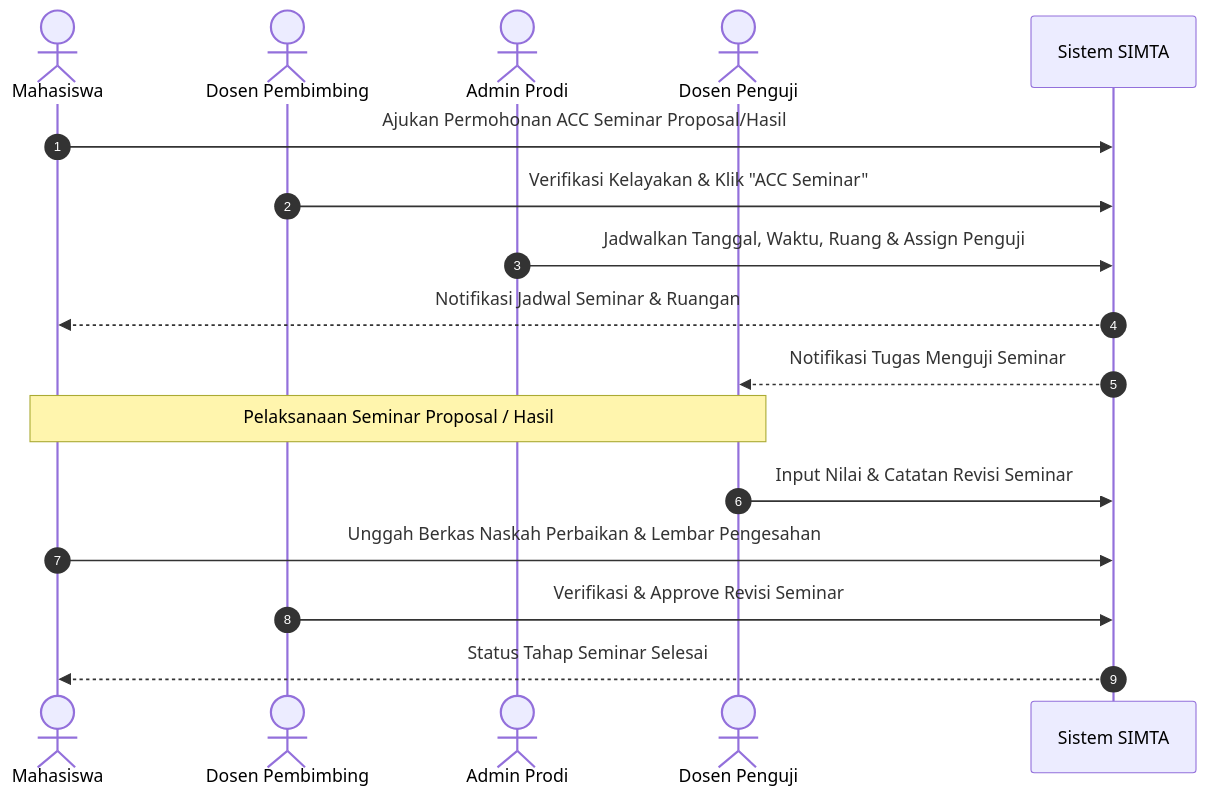
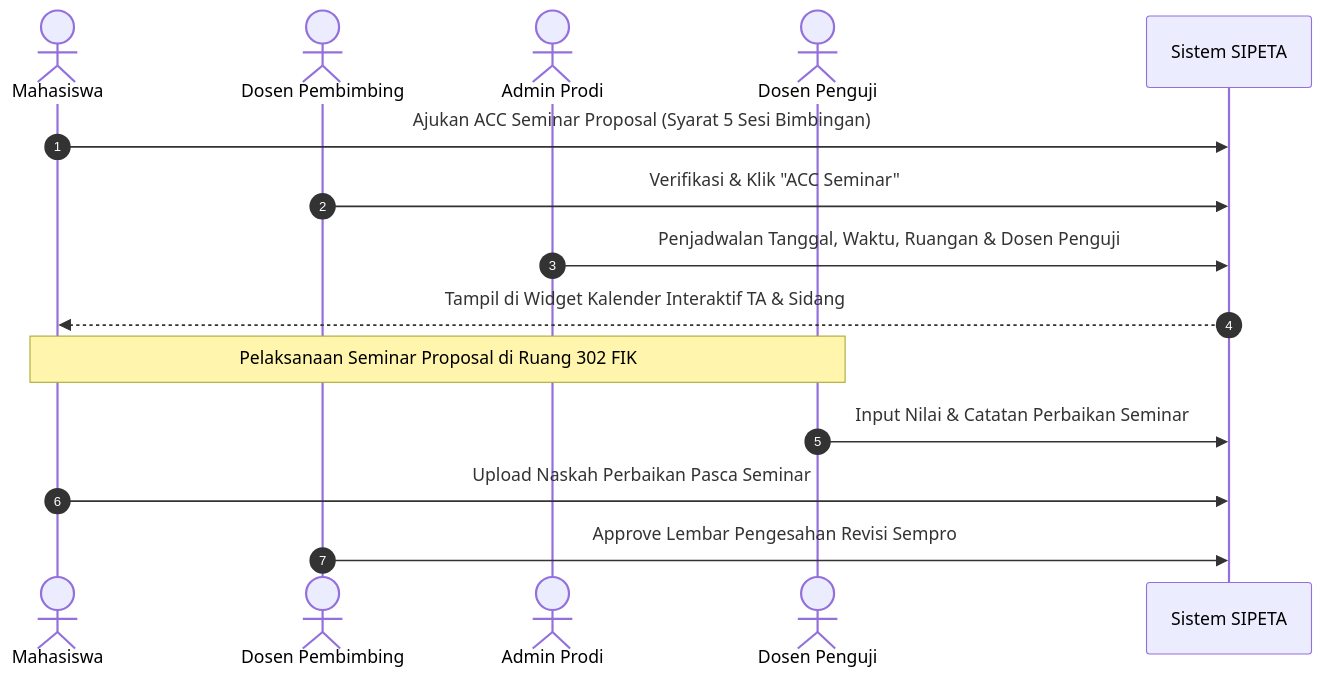
The fourth of 5 diagrams in docs/WORKFLOWS.md (DanuZen/isi-final-project), drawn with Mermaid before and after one commit. The commit also changed other lines of this file and 21 other files, not shown here.

````diff
--- a/docs/WORKFLOWS.md
+++ b/docs/WORKFLOWS.md
@@ -118,21 +81,19 @@
 ```mermaid
 sequenceDiagram
     autonumber
     actor M as Mahasiswa
     actor D as Dosen Pembimbing
     actor P as Admin Prodi
     actor G as Dosen Penguji
-    participant S as Sistem SIMTA
+    participant S as Sistem SIPETA
 
-    M->>S: Ajukan Permohonan ACC Seminar Proposal/Hasil
-    D->>S: Verifikasi Kelayakan & Klik "ACC Seminar"
-    P->>S: Jadwalkan Tanggal, Waktu, Ruang & Assign Penguji
-    S-->>M: Notifikasi Jadwal Seminar & Ruangan
-    S-->>G: Notifikasi Tugas Menguji Seminar
-
-    note over M,G: Pelaksanaan Seminar Proposal / Hasil
-    G->>S: Input Nilai & Catatan Revisi Seminar
-    M->>S: Unggah Berkas Naskah Perbaikan & Lembar Pengesahan
-    D->>S: Verifikasi & Approve Revisi Seminar
-    S-->>M: Status Tahap Seminar Selesai
+    M->>S: Ajukan ACC Seminar Proposal (Syarat 5 Sesi Bimbingan)
+    D->>S: Verifikasi & Klik "ACC Seminar"
+    P->>S: Penjadwalan Tanggal, Waktu, Ruangan & Dosen Penguji
+    S-->>M: Tampil di Widget Kalender Interaktif TA & Sidang
+    
+    note over M,G: Pelaksanaan Seminar Proposal di Ruang 302 FIK
+    G->>S: Input Nilai & Catatan Perbaikan Seminar
+    M->>S: Upload Naskah Perbaikan Pasca Seminar
+    D->>S: Approve Lembar Pengesahan Revisi Sempro
 ```
````
